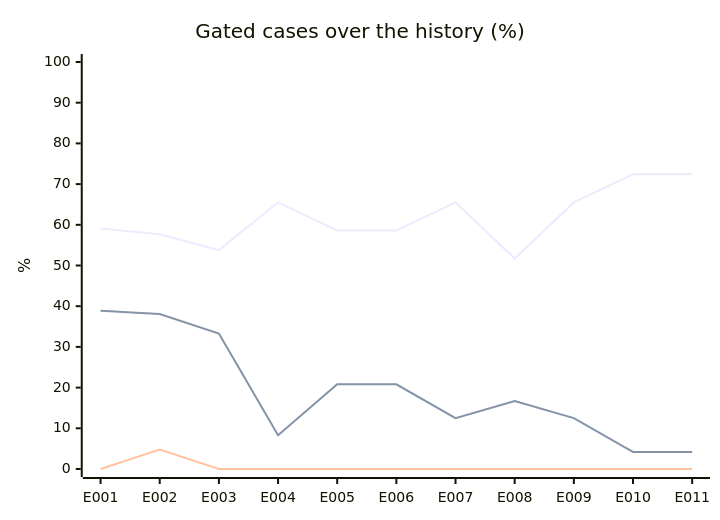
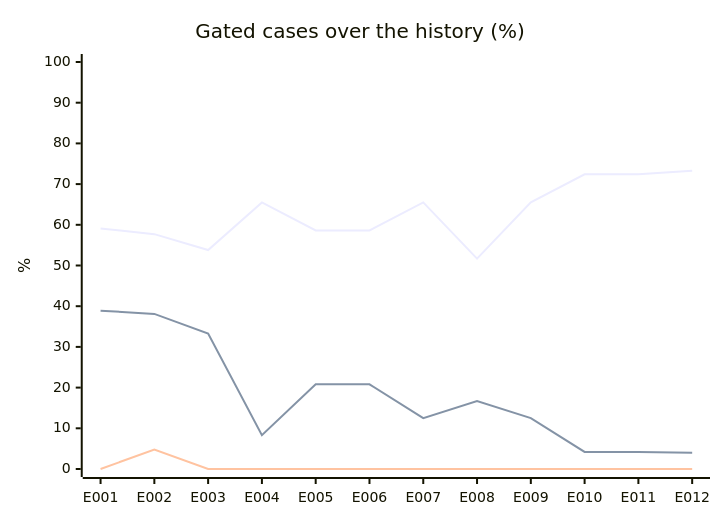
The diagram in evals/report.md (acarbonellb/anti-fraud-agent), drawn with Mermaid before and after one commit. The commit also changed other lines of this file and 33 other files, not shown here.

````diff
--- a/evals/report.md
+++ b/evals/report.md
@@ -46,9 +47,9 @@
 ```mermaid
 xychart-beta
   title "Gated cases over the history (%)"
-  x-axis [E001, E002, E003, E004, E005, E006, E007, E008, E009, E010, E011]
+  x-axis [E001, E002, E003, E004, E005, E006, E007, E008, E009, E010, E011, E012]
   y-axis "%" 0 --> 100
-  line [59.1, 57.7, 53.8, 65.5, 58.6, 58.6, 65.5, 51.7, 65.5, 72.4, 72.4]
-  line [38.9, 38.1, 33.3, 8.3, 20.8, 20.8, 12.5, 16.7, 12.5, 4.2, 4.2]
-  line [0, 4.8, 0, 0, 0, 0, 0, 0, 0, 0, 0]
+  line [59.1, 57.7, 53.8, 65.5, 58.6, 58.6, 65.5, 51.7, 65.5, 72.4, 72.4, 73.3]
+  line [38.9, 38.1, 33.3, 8.3, 20.8, 20.8, 12.5, 16.7, 12.5, 4.2, 4.2, 4]
+  line [0, 4.8, 0, 0, 0, 0, 0, 0, 0, 0, 0, 0]
 ```
````
